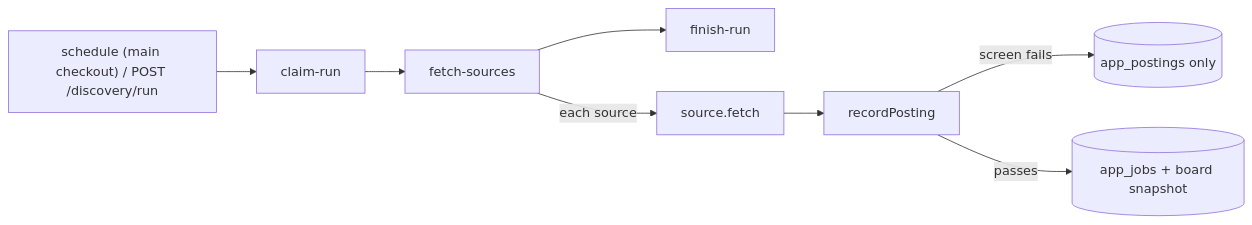
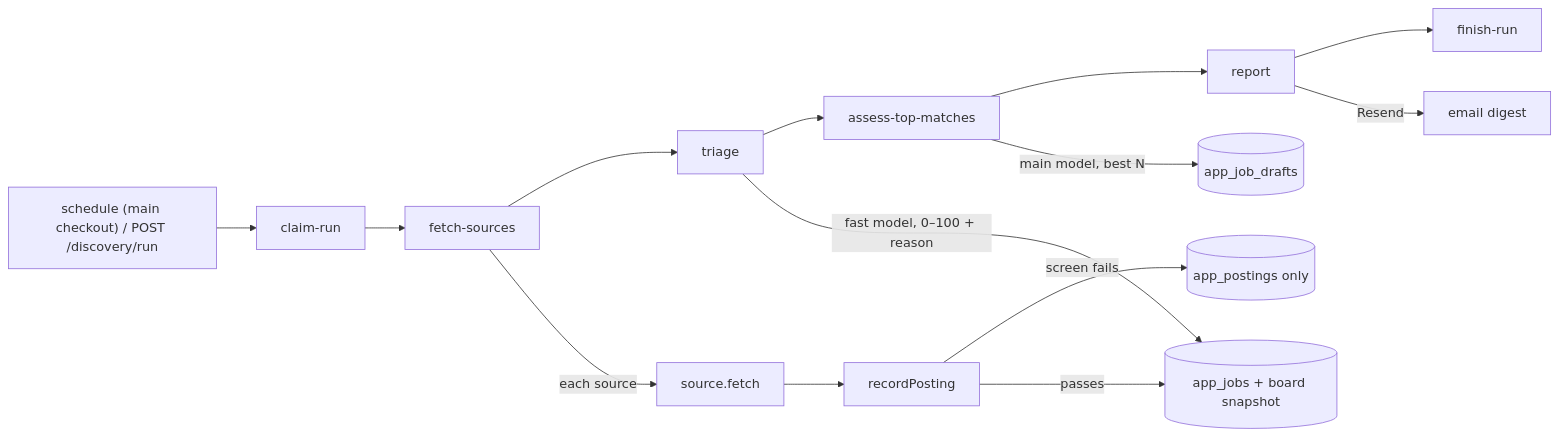
The diagram in apps/agent/src/discovery/AGENTS.md (pppdns/job-agent-mastra), drawn with Mermaid before and after one commit. The commit also changed other lines of this file and 6 other files, not shown here.

````diff
--- a/apps/agent/src/discovery/AGENTS.md
+++ b/apps/agent/src/discovery/AGENTS.md
@@ -5,8 +5,11 @@
 ```mermaid
 flowchart LR
   T["schedule (main checkout) / POST /discovery/run"] --> C[claim-run]
-  C --> F[fetch-sources] --> X[finish-run]
+  C --> F[fetch-sources] --> TR[triage] --> AS[assess-top-matches] --> R[report] --> X[finish-run]
   F -->|each source| S[source.fetch] --> P[recordPosting]
   P -->|screen fails| PO[(app_postings only)]
   P -->|passes| J[(app_jobs + board snapshot)]
+  TR -->|fast model, 0–100 + reason| J
+  AS -->|main model, best N| D[(app_job_drafts)]
+  R -->|Resend| E[email digest]
 ```
````
